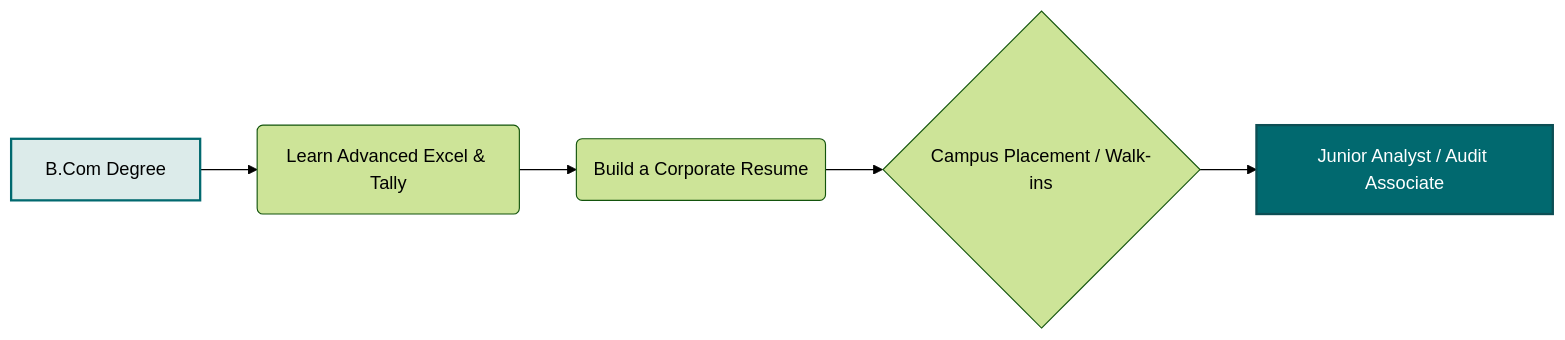
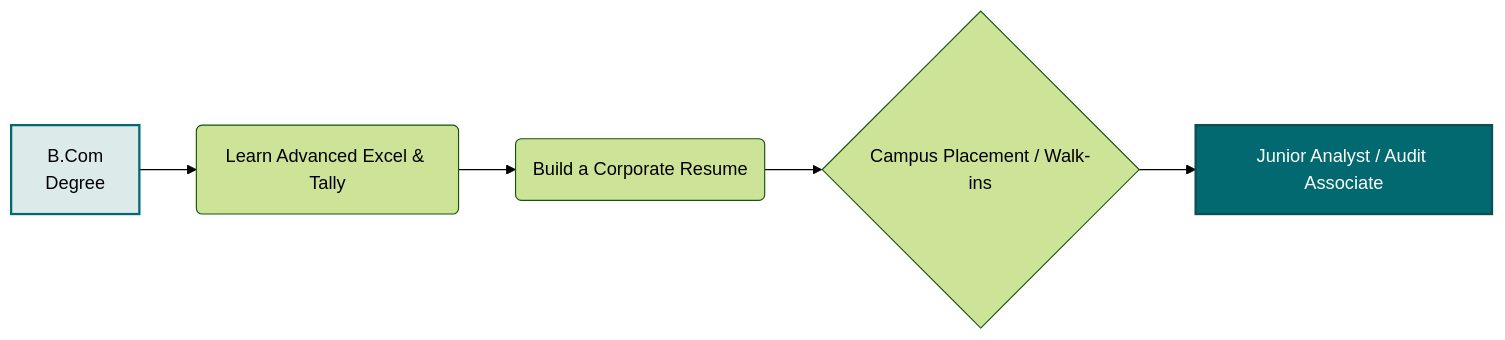
The second of 3 diagrams in curriculum-app/src/content/lessons/ug/bcom/sem5/week17.md (the-career-breweries/tcb-soft-skills), drawn with Mermaid (forest theme) before and after one commit. The commit also changed other lines of this file and 5 other files, not shown here.

Commit message:
fix: aggressively solve mermaid text truncation

````diff
--- a/curriculum-app/src/content/lessons/ug/bcom/sem5/week17.md
+++ b/curriculum-app/src/content/lessons/ug/bcom/sem5/week17.md
@@ -48,10 +48,10 @@
 ```mermaid
 flowchart LR
-    A[B.Com Degree] --> B(Learn Advanced Excel & Tally)
+    A[B.Com<br/>Degree] --> B(Learn Advanced Excel & Tally)
     B --> C(Build a Corporate Resume)
     C --> D{Campus Placement / Walk-ins}
     D --> E[Junior Analyst / Audit Associate]
     
     style A fill:#dcebea,stroke:#01696f,stroke-width:2px
     style E fill:#01696f,stroke:#0c4e54,stroke-width:2px,color:#fff
 ```
````
